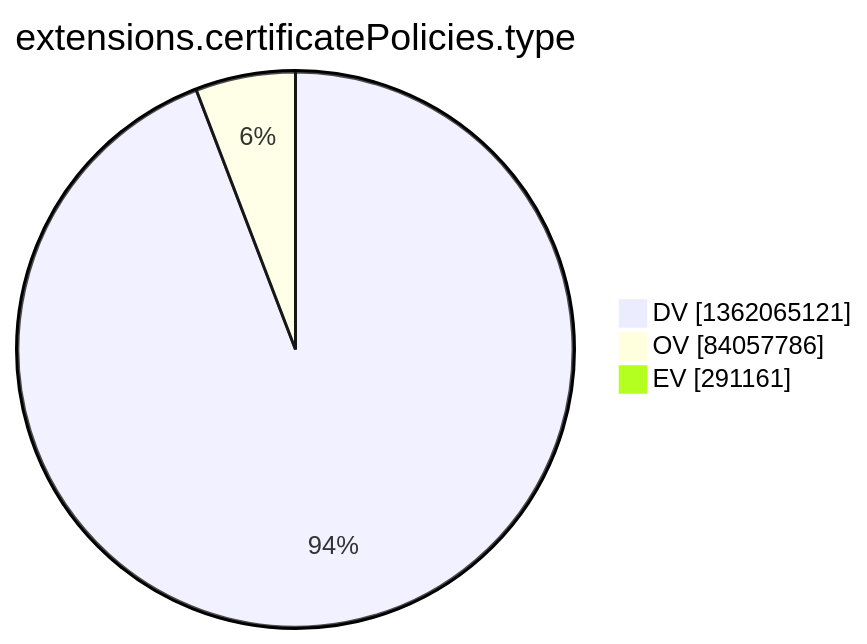
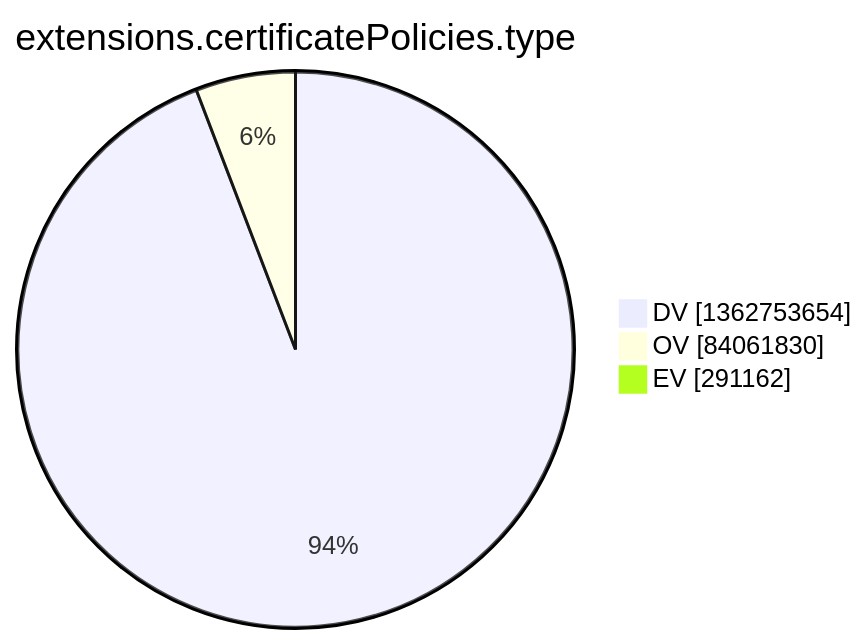
Before and after one commit to christiankrug/ctmonitor_visualization: the tenth of 15 diagrams in argon2022/README.md, drawn with Mermaid. The commit also changed other lines of this file, not shown here.

````diff
--- a/argon2022/README.md
+++ b/argon2022/README.md
@@ -2773,7 +2773,7 @@
 ```mermaid
 pie showData
 title extensions.certificatePolicies.type
-"DV" :1362065121
-"OV" :84057786
-"EV" :291161
+"DV" :1362753654
+"OV" :84061830
+"EV" :291162
 ```
````
